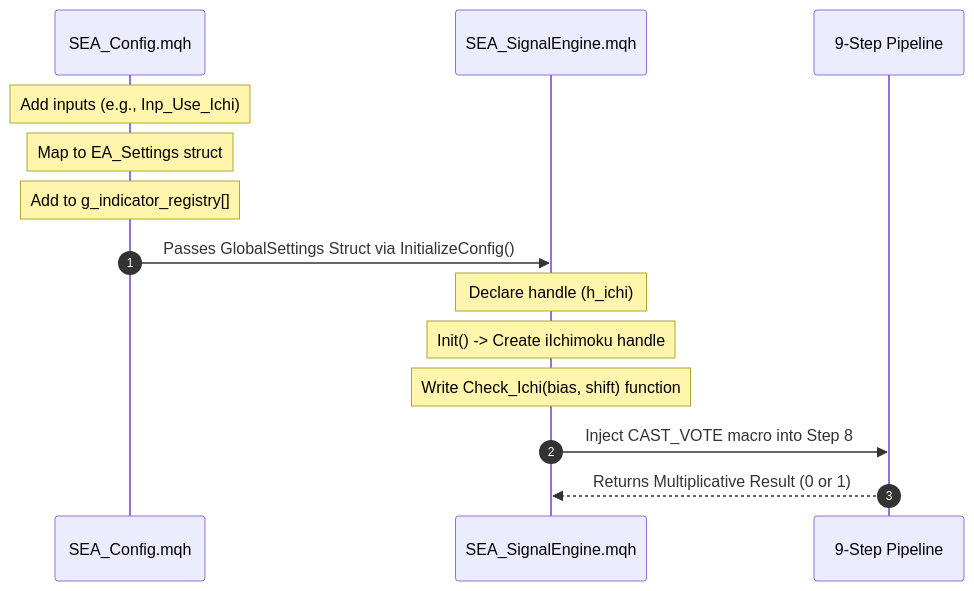
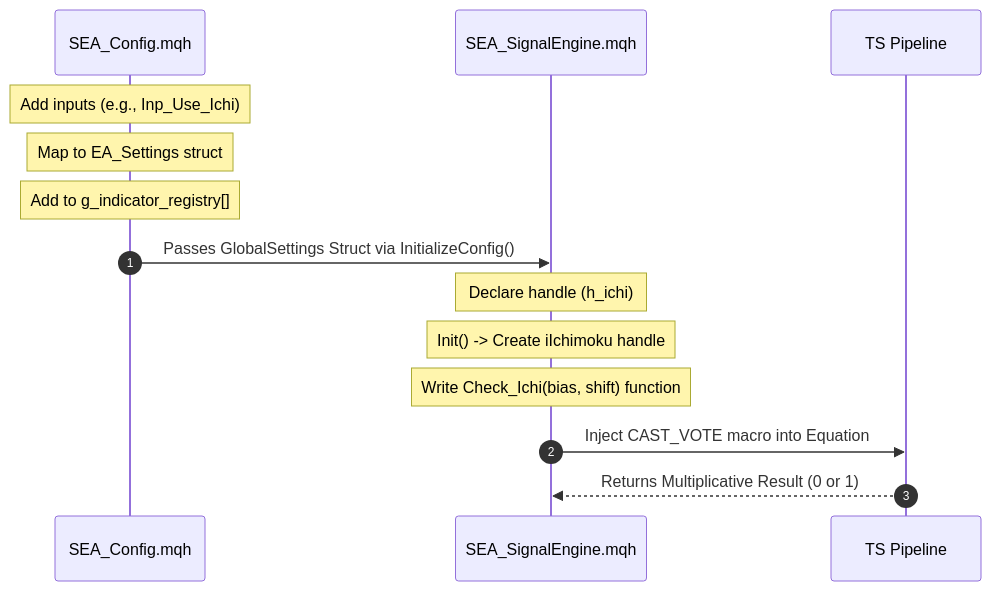
One commit to msmaciej/RRM_SEA changed the second of 2 diagrams in Readme/README_SEA_SIGNAL_REFERENCE.md. Above: the diagram before and after it, drawn with Mermaid. The commit also changed other lines of this file and 8 other files, not shown here.

````diff
--- a/Readme/README_SEA_SIGNAL_REFERENCE.md
+++ b/Readme/README_SEA_SIGNAL_REFERENCE.md
@@ -176,19 +125,19 @@
 ```mermaid
 sequenceDiagram
     autonumber
     participant Cfg as SEA_Config.mqh
     participant Eng as SEA_SignalEngine.mqh
-    participant Pipe as 9-Step Pipeline
+    participant Pipe as TS Pipeline
 
     Note over Cfg: Add inputs (e.g., Inp_Use_Ichi)
     Note over Cfg: Map to EA_Settings struct
     Note over Cfg: Add to g_indicator_registry[]
     Cfg->>Eng: Passes GlobalSettings Struct via InitializeConfig()
     
     Note over Eng: Declare handle (h_ichi)
     Note over Eng: Init() -> Create iIchimoku handle
     Note over Eng: Write Check_Ichi(bias, shift) function
     
-    Eng->>Pipe: Inject CAST_VOTE macro into Step 8
+    Eng->>Pipe: Inject CAST_VOTE macro into Equation
     Pipe-->>Eng: Returns Multiplicative Result (0 or 1)
 ```
````
